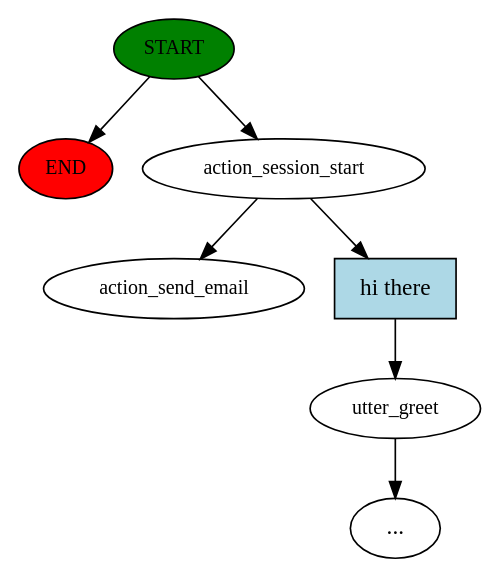
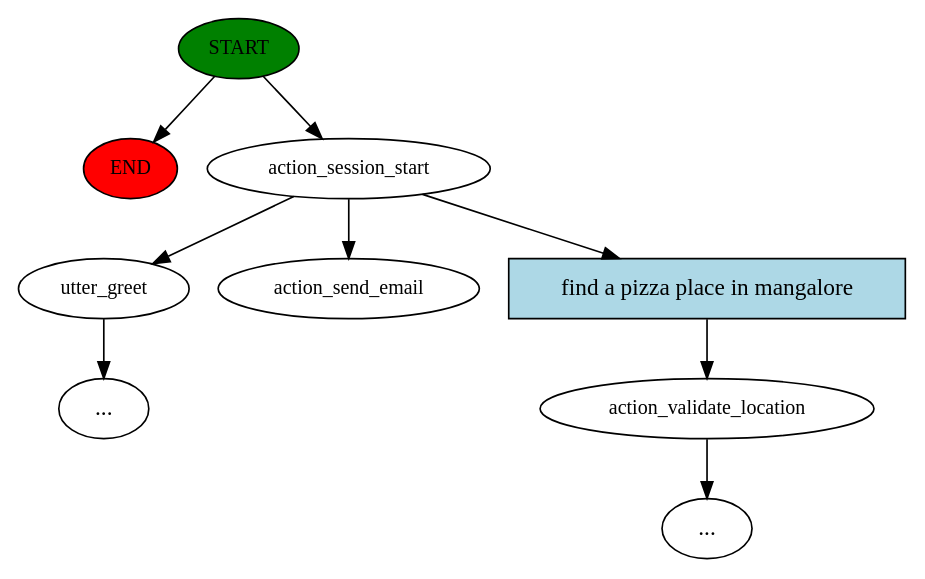
One commit to n-sundar/Foodie-Chatbot changed the diagram in story_graph.dot. Above: the diagram before and after it, drawn with Graphviz. The commit also changed 4 other files, not shown here.

```diff
--- a/story_graph.dot
+++ b/story_graph.dot
@@ -1,15 +1,19 @@
 digraph  {
 0 [class="start active", fillcolor=green, fontsize=12, label=START, style=filled];
 "-1" [class=end, fillcolor=red, fontsize=12, label=END, style=filled];
 1 [class=active, fontsize=12, label=action_session_start];
-2 [class="", fontsize=12, label=utter_greet];
+2 [class="", fontsize=12, label=action_validate_location];
 "-3" [class=ellipsis, label="..."];
-4 [class="dashed active", fontsize=12, label=action_send_email];
-5 [class=intent, fillcolor=lightblue, label="hi there", shape=rect, style=filled];
+4 [class="", fontsize=12, label=utter_greet];
+"-5" [class=ellipsis, label="..."];
+8 [class="dashed active", fontsize=12, label=action_send_email];
+9 [class=intent, fillcolor=lightblue, label="find a pizza place in mangalore", shape=rect, style=filled];
 0 -> "-1"  [class="", key=NONE, label=""];
 0 -> 1  [class=active, key=NONE, label=""];
-1 -> 4  [class=active, key=NONE, label=""];
-1 -> 5  [class="", key=0];
+1 -> 4  [class="", key=NONE, label=""];
+1 -> 8  [class=active, key=NONE, label=""];
+1 -> 9  [class="", key=0];
 2 -> "-3"  [class="", key=NONE, label=""];
-5 -> 2  [class="", key=0];
+4 -> "-5"  [class="", key=NONE, label=""];
+9 -> 2  [class="", key=0];
 }
```
